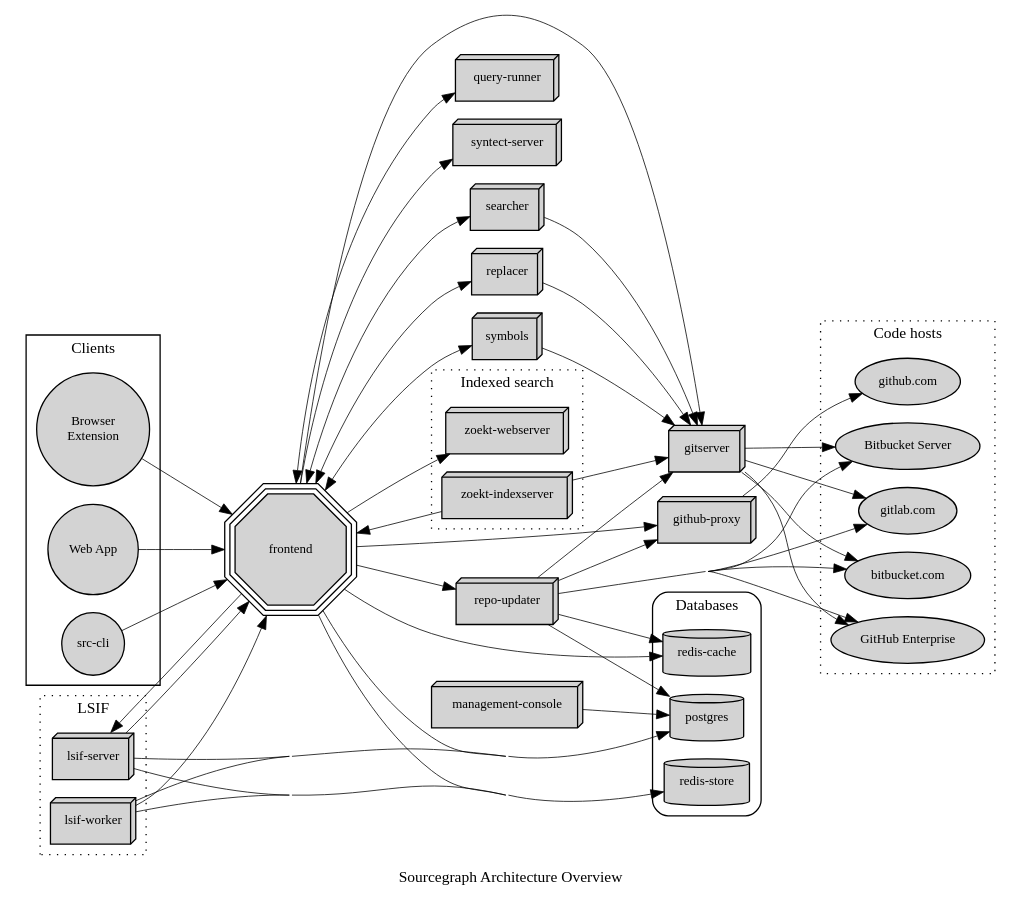
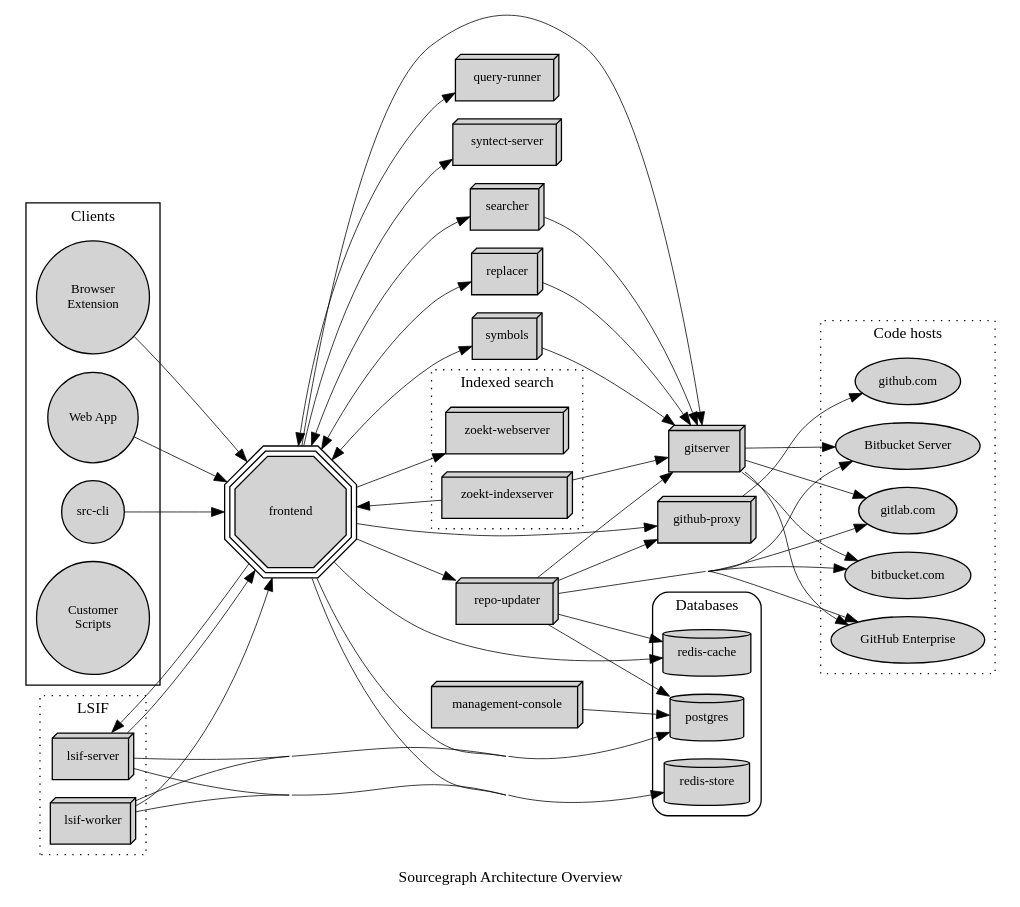
One commit to sourcegraph/sourcegraph-public-snapshot changed the diagram in doc/dev/architecture/architecture.dot. Above: the diagram before and after it, drawn with Graphviz.

Commit message:
Add customer scripts.

```diff
--- a/doc/dev/architecture/architecture.dot
+++ b/doc/dev/architecture/architecture.dot
@@ -1,151 +1,152 @@
 digraph architecture {
     label="Sourcegraph Architecture Overview"
     rankdir=LR
     ratio=fill
     concentrate=true
     ranksep=0.8
     nodesep=0.2
 
     graph [
         fontname="Iosevka"
         fontsize=12
     ]
 
     node [
         style="filled"
         shape="box3d"
         fontname="Iosevka"
         fontsize=10
     ]
 
     edge [
         penwidth=0.6
         arrowType="empty"
     ]
 
     frontend [
         fixedsize=true
         width=1.2
         height=1.2
         shape="tripleoctagon"
         label="frontend"
         URL="https://github.com/sourcegraph/sourcegraph/tree/master/cmd/frontend"
     ]
 
     gitserver    [label="gitserver" URL="https://github.com/sourcegraph/sourcegraph/tree/master/cmd/gitserver"]
     repo_updater [label="repo-updater" URL="https://github.com/sourcegraph/sourcegraph/tree/master/cmd/repo-updater"]
     searcher     [label="searcher" URL="https://github.com/sourcegraph/sourcegraph/tree/master/cmd/searcher"]
     replacer     [label="replacer" URL="https://github.com/sourcegraph/sourcegraph/tree/master/cmd/replacer"]
     query_runner [label="query-runner" URL="https://github.com/sourcegraph/sourcegraph/tree/master/cmd/query-runner"]
     github_proxy [label="github-proxy" URL="https://github.com/sourcegraph/sourcegraph/tree/master/cmd/github-proxy"]
     syntect_server [label="syntect-server" URL="https://github.com/sourcegraph/syntect_server"]
     management_console [label="management-console" URL="https://github.com/sourcegraph/sourcegraph/tree/master/cmd/management-console"]
     symbols [label="symbols" URL="https://github.com/sourcegraph/sourcegraph/tree/master/cmd/symbols"]
 
     subgraph cluster_lsif_zoekt {
         label="Indexed search"
         rank="same"
         graph [style="dotted"]
 
         zoekt_webserver [label="zoekt-webserver" URL="https://github.com/sourcegraph/zoekt/tree/master/cmd/zoekt-webserver"]
         zoekt_indexserver [label="zoekt-indexserver" URL="https://github.com/sourcegraph/zoekt/tree/master/cmd/zoekt-sourcegraph-indexserver"]
     }
 
     subgraph cluster_lsif_processes {
         label="LSIF"
         rank="same"
         graph [style="dotted"]
 
         lsif_server [label="lsif-server" URL="https://github.com/sourcegraph/sourcegraph/tree/master/lsif/src/server"]
         lsif_worker [label="lsif-worker" URL="https://github.com/sourcegraph/sourcegraph/tree/master/lsif/src/worker"]
     }
 
     subgraph cluster_databases {
         label="Databases"
         rank="same"
         graph [style="rounded"]
         node [shape="cylinder"]
 
         redis_cache [label="redis-cache"]
         redis_store [label="redis-store"]
         postgres [label="postgres"]
     }
 
     subgraph cluster_codehosts {
         label="Code hosts"
         rank="same"
         graph [style="dotted"]
         node  [shape="oval"]
 
         github_dot_com [label="github.com"]
         gitlab_dot_com [label="gitlab.com"]
         bitbucket_cloud [label="bitbucket.com"]
         github_enterprise [label="GitHub Enterprise"]
         bitbucket_server [label="Bitbucket Server"]
     }
 
     subgraph cluster_clients {
         label="Clients"
         node [shape="circle"]
         src_cli [label="src-cli" URL="https://github.com/sourcegraph/src-cli"]
         browser_ext [label="Browser\nExtension" URL="https://github.com/sourcegraph/sourcegraph/tree/master/browser/"]
         web_app [label="Web App" URL="https://github.com/sourcegraph/sourcegraph/tree/master/web"]
+        customer_scripts [label="Customer\nScripts"]
     }
 
     frontend -> gitserver
     frontend -> query_runner
     frontend -> searcher
     frontend -> replacer
     frontend -> repo_updater
     frontend -> github_proxy
     frontend -> zoekt_webserver
     frontend -> postgres
     frontend -> redis_cache
     frontend -> redis_store
     frontend -> syntect_server
     frontend -> lsif_server
     frontend -> symbols
 
     searcher -> frontend
     searcher -> gitserver
 
     replacer -> frontend
     replacer -> gitserver
 
     management_console -> postgres
 
     query_runner -> frontend
 
     symbols -> frontend
     symbols -> gitserver
 
     lsif_server -> frontend
     lsif_server -> postgres
     lsif_server -> redis_store
     lsif_worker -> frontend
     lsif_worker -> postgres
     lsif_worker -> redis_store
 
     repo_updater -> github_proxy
     repo_updater -> github_enterprise
     repo_updater -> gitlab_dot_com
     repo_updater -> bitbucket_server
     repo_updater -> bitbucket_cloud
     repo_updater -> postgres
     repo_updater -> gitserver
     repo_updater -> redis_cache
 
     github_proxy -> github_dot_com
 
     gitserver -> github_enterprise
     gitserver -> gitlab_dot_com
     gitserver -> bitbucket_server
     gitserver -> bitbucket_cloud
 
     zoekt_indexserver -> frontend
     zoekt_indexserver -> gitserver
 
     browser_ext -> frontend
     web_app -> frontend
     src_cli -> frontend
 }
```
